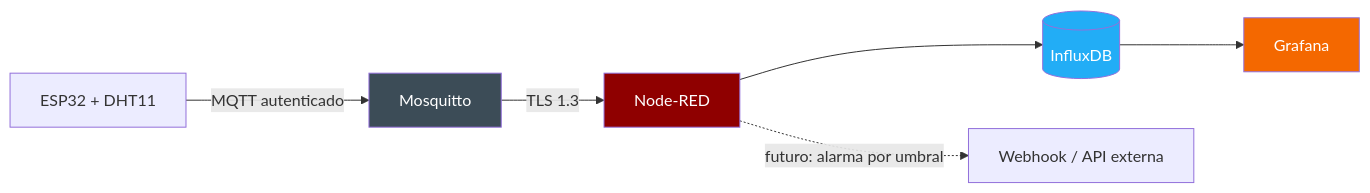
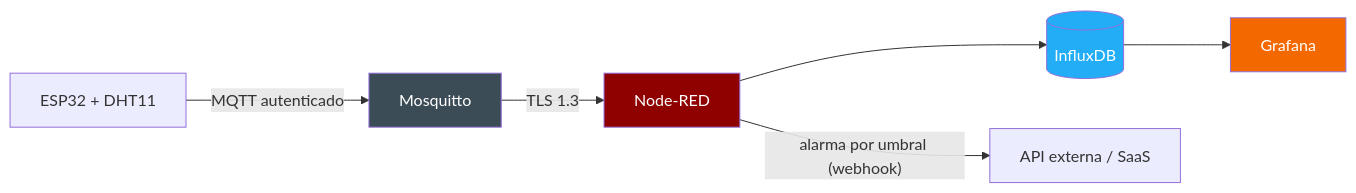
The diagram in README.md (jesuazav/esp32-IoT), drawn with Mermaid before and after one commit. The commit also changed other lines of this file and 1 other file, not shown here.

First line of the commit message:
Agrega deteccion de alarma con debounce y webhook hacia integracion externa

````diff
--- a/README.md
+++ b/README.md
@@ -9,13 +9,13 @@
 ```mermaid
 flowchart LR
     A[ESP32 + DHT11] -- MQTT autenticado --> B[Mosquitto]
     B -- TLS 1.3 --> C[Node-RED]
     C --> D[(InfluxDB)]
     D --> E[Grafana]
-    C -. futuro: alarma por umbral .-> F[Webhook / API externa]
+    C -- alarma por umbral (webhook) --> F[API externa / SaaS]
 
     style B fill:#3C4C57,color:#fff
     style C fill:#8F0000,color:#fff
     style D fill:#22ADF6,color:#fff
     style E fill:#F46800,color:#fff
 ```
````
